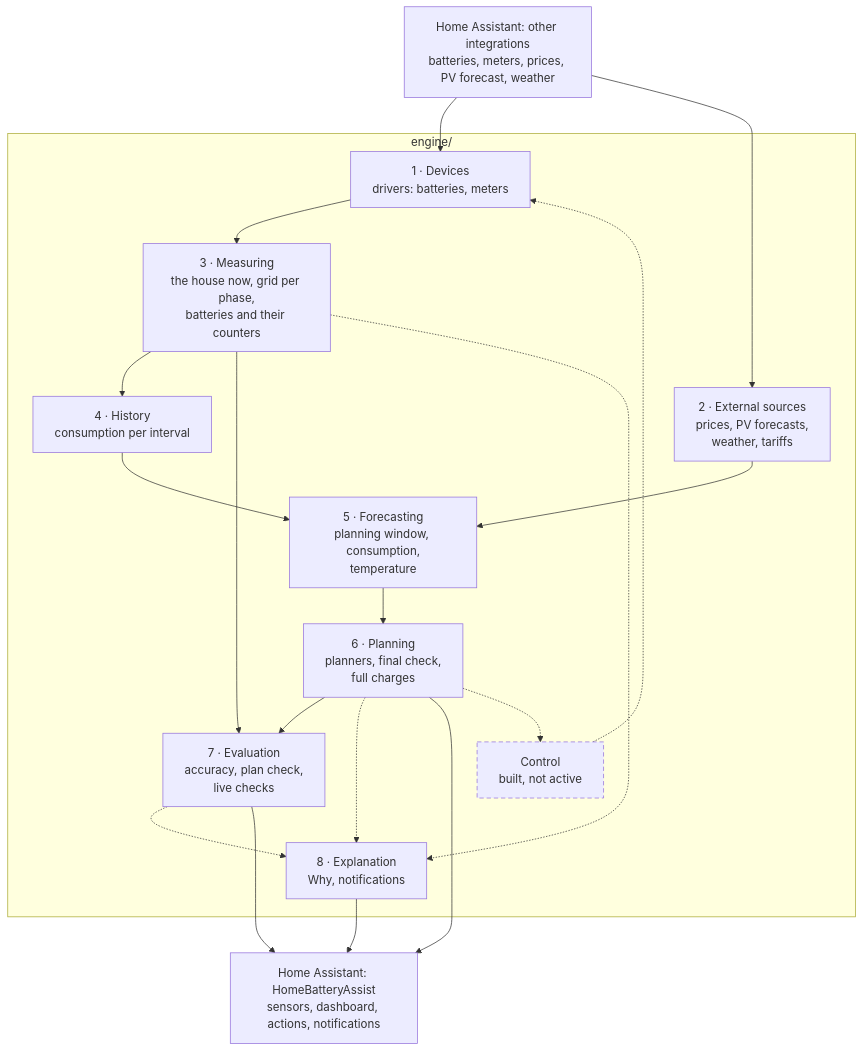
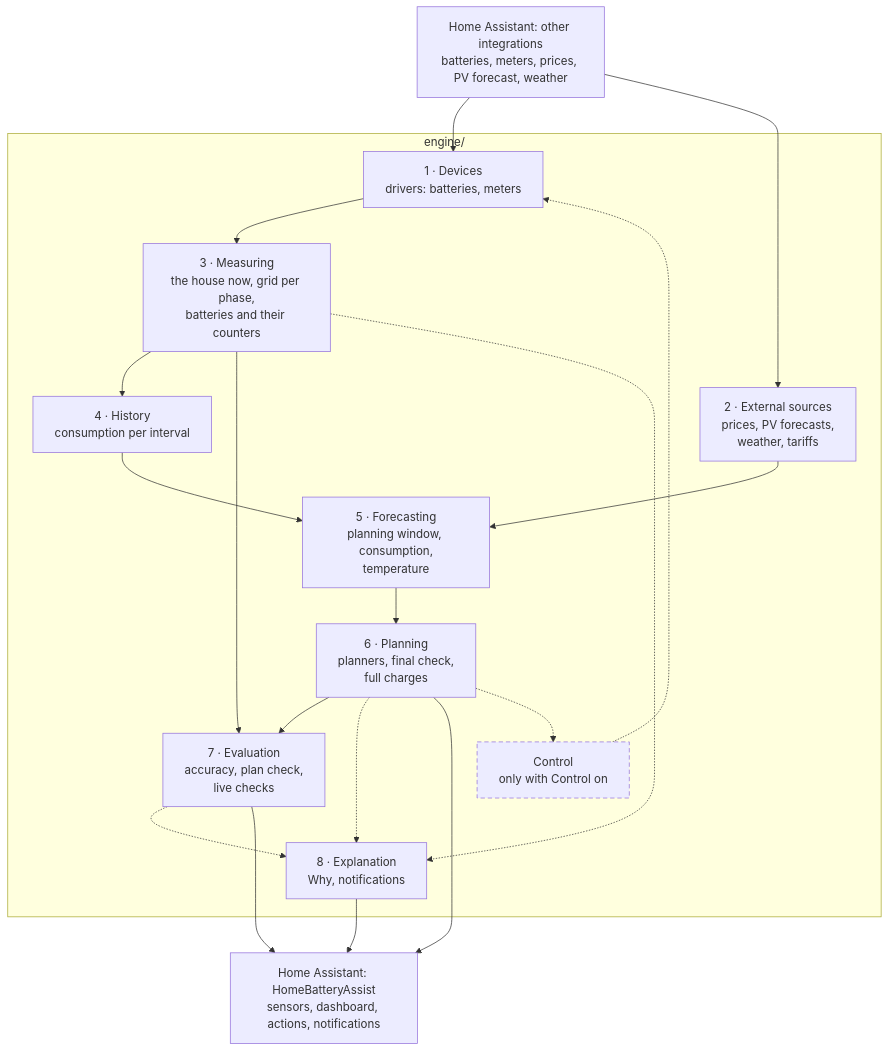
The first of 4 diagrams in docs/architecture.md (mvanrijnen/HomeBatteryAssist), drawn with Mermaid before and after one commit. The commit also changed other lines of this file and 35 other files, not shown here.

First line of the commit message:
Docs review: control is real now (no read-only/advice-only wording), control not tied to a direct connection, Log/alpha/control line, folder map, tariff and price forecast lists, docs site in development; Marstek Venus E v3 direct driver verified; no brand names that must not appear

````diff
--- a/docs/architecture.md
+++ b/docs/architecture.md
@@ -23,35 +23,35 @@
 ```mermaid
 flowchart TB
   INT["Home Assistant: other integrations<br/>batteries, meters, prices, PV forecast, weather"]
   subgraph ENGINE["engine/"]
     DEV["1 · Devices<br/>drivers: batteries, meters"]
     SRC["2 · External sources<br/>prices, PV forecasts,<br/>weather, tariffs"]
     MEA["3 · Measuring<br/>the house now, grid per phase,<br/>batteries and their counters"]
     HIS["4 · History<br/>consumption per interval"]
     FOR["5 · Forecasting<br/>planning window, consumption,<br/>temperature"]
     PLA["6 · Planning<br/>planners, final check,<br/>full charges"]
     EVA["7 · Evaluation<br/>accuracy, plan check,<br/>live checks"]
     EXP["8 · Explanation<br/>Why, notifications"]
-    CTL["Control<br/>built, not active"]
+    CTL["Control<br/>only with Control on"]
   end
   OUT["Home Assistant: HomeBatteryAssist<br/>sensors, dashboard, actions, notifications"]
   INT --> DEV
   INT --> SRC
   DEV --> MEA
   MEA --> HIS
   HIS --> FOR
   SRC --> FOR
   FOR --> PLA
   PLA --> EVA
   MEA --> EVA
   MEA -.-> EXP
   PLA -.-> EXP
   EVA -.-> EXP
   PLA --> OUT
   EVA --> OUT
   EXP --> OUT
   PLA -.-> CTL
   CTL -.-> DEV
   classDef off stroke-dasharray: 6 4
   class CTL off
 ```
````
